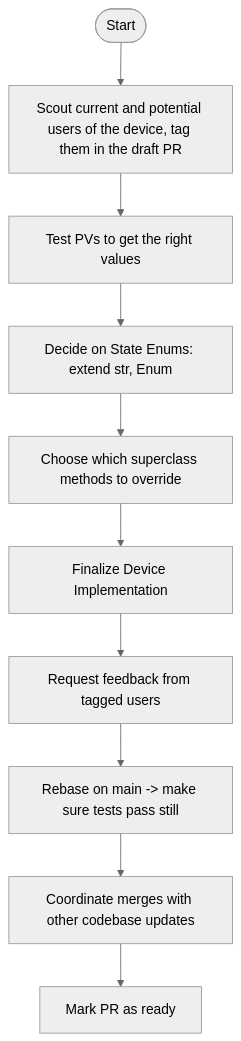
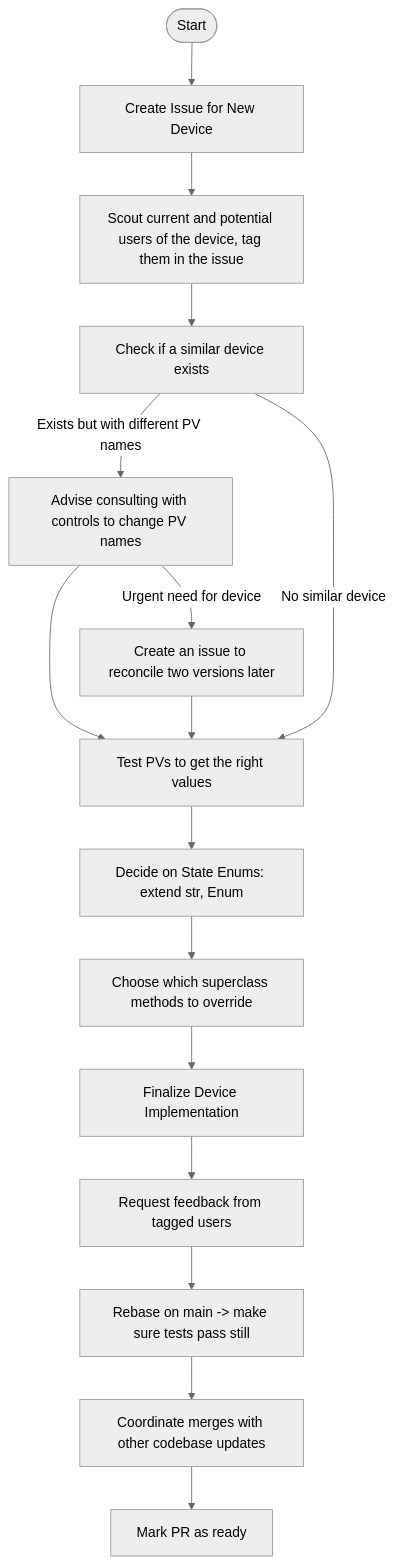
The first of 3 diagrams in docs/developer/how-to/make-new-ophyd-async-device.md (DiamondLightSource/dodal), drawn with Mermaid (neutral theme) before and after one commit. The commit also changed other lines of this file, not shown here.

Commit message:
update following some suggestions

````diff
--- a/docs/developer/how-to/make-new-ophyd-async-device.md
+++ b/docs/developer/how-to/make-new-ophyd-async-device.md
@@ -9,15 +17,20 @@
 ```{mermaid}
 
-
   flowchart TD
-    highLevelStart([Start]) --> scoutUsers[Scout current and potential users of the device, tag them in the draft PR]
-    scoutUsers --> testPVs[Test PVs to get the right values]
+    highLevelStart([Start]) --> createIssue[Create Issue for New Device]
+    createIssue --> scoutUsers[Scout current and potential users of the device, tag them in the issue]
+    scoutUsers --> checkExistingDevices[Check if a similar device exists]
+    checkExistingDevices -- "Exists but with different PV names" --> adviseConsultControls[Advise consulting with controls to change PV names]
+    adviseConsultControls --> testPVs[Test PVs to get the right values]
+    checkExistingDevices -- "No similar device" --> testPVs
     testPVs --> decideStateEnums[Decide on State Enums: extend str, Enum]
     decideStateEnums --> chooseMethods[Choose which superclass methods to override]
     chooseMethods --> finalizeDevice[Finalize Device Implementation]
     finalizeDevice --> requestFeedback[Request feedback from tagged users]
     requestFeedback --> rebaseOnMain[Rebase on main -> make sure tests pass still]
     rebaseOnMain --> coordinateMerges[Coordinate merges with other codebase updates]
     coordinateMerges --> markPRReady[Mark PR as ready]
+    adviseConsultControls -- "Urgent need for device" --> createIssueForReconciliation[Create an issue to reconcile two versions later]
+    createIssueForReconciliation --> testPVs
 
 ```
````
